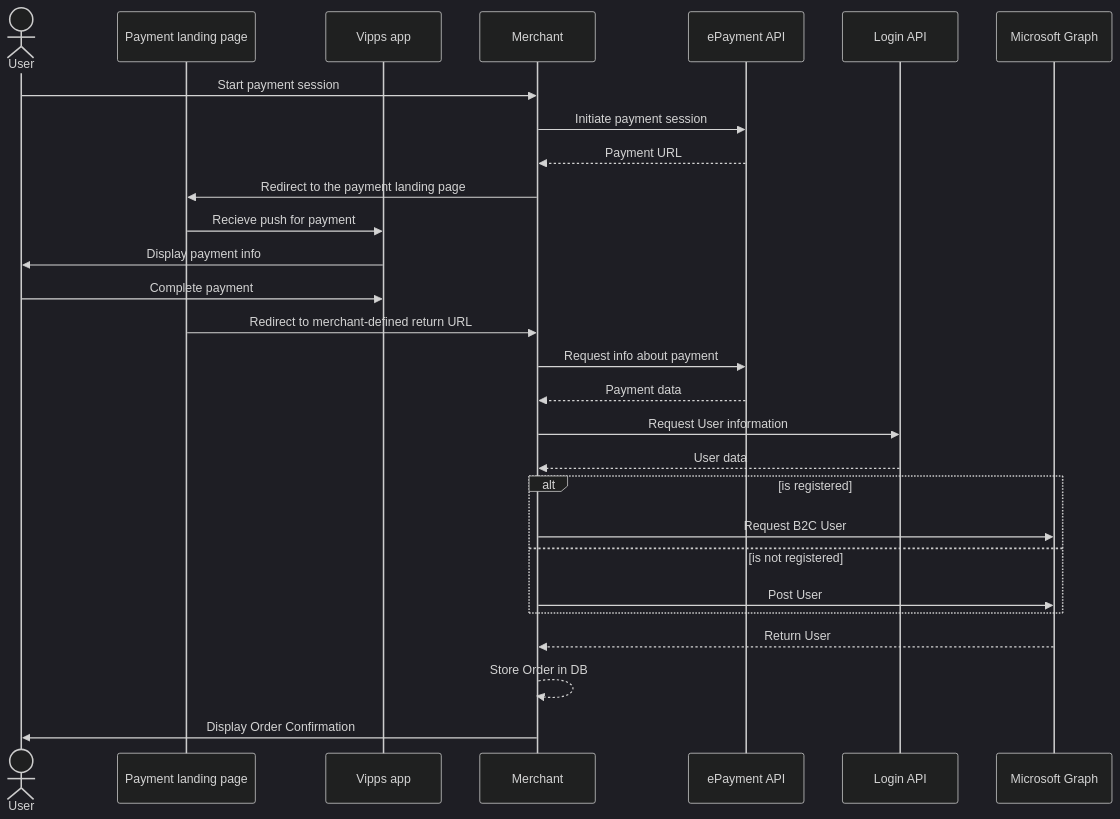
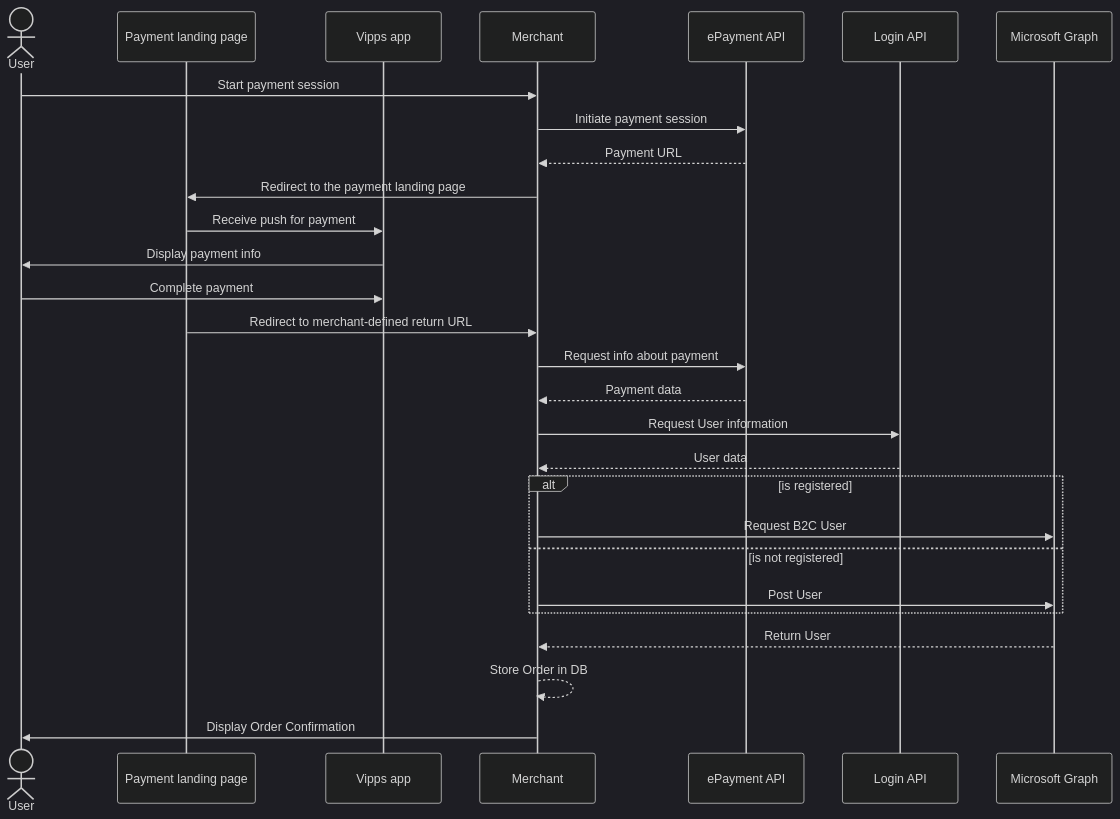
The diagram in azure-b2c/PaymentFlowB2C.md (vippsas/vipps-solutions), drawn with Mermaid (dark theme) before and after one commit.

````diff
--- a/azure-b2c/PaymentFlowB2C.md
+++ b/azure-b2c/PaymentFlowB2C.md
@@ -61,47 +61,47 @@
 ```mermaid
 
 sequenceDiagram
     actor User
     participant Payment landing page
     participant Vipps app
     participant Merchant
     participant ePayment API
     participant Login API
     participant Microsoft Graph
 
     User->>Merchant: Start payment session
 
     Merchant->>ePayment API: Initiate payment session
 
     ePayment API-->>Merchant: Payment URL
 
     Merchant->>Payment landing page: Redirect to the payment landing page
 
-    Payment landing page->>Vipps app: Recieve push for payment
+    Payment landing page->>Vipps app: Receive push for payment
 
     Vipps app->>User: Display payment info
 
     User->>Vipps app: Complete payment
 
     Payment landing page->>Merchant: Redirect to merchant-defined return URL
 
     Merchant->>ePayment API: Request info about payment
 
     ePayment API-->>Merchant: Payment data
 
     Merchant->>Login API: Request User information
 
     Login API-->>Merchant: User data
 
     alt is registered
         Merchant->>Microsoft Graph: Request B2C User
     else is not registered
         Merchant->>Microsoft Graph: Post User
     end
 
     Microsoft Graph-->>Merchant: Return User
 
     Merchant-->>Merchant: Store Order in DB
 
     Merchant->>User: Display Order Confirmation
 ```
````
